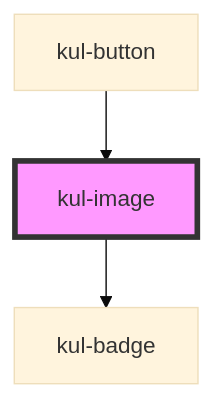
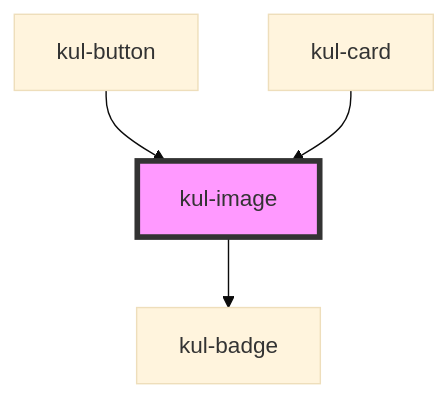
One commit to smeup/ketchup changed the diagram in packages/ketchup-lite/src/components/kul-image/readme.md. Above: the diagram before and after it, drawn with Mermaid (base theme). The commit also changed other lines of this file and 4 other files, not shown here.

````diff
--- a/packages/ketchup-lite/src/components/kul-image/readme.md
+++ b/packages/ketchup-lite/src/components/kul-image/readme.md
@@ -84,6 +85,7 @@
 ```mermaid
 graph TD;
   kul-image --> kul-badge
   kul-button --> kul-image
+  kul-card --> kul-image
   style kul-image fill:#f9f,stroke:#333,stroke-width:4px
 ```
````
